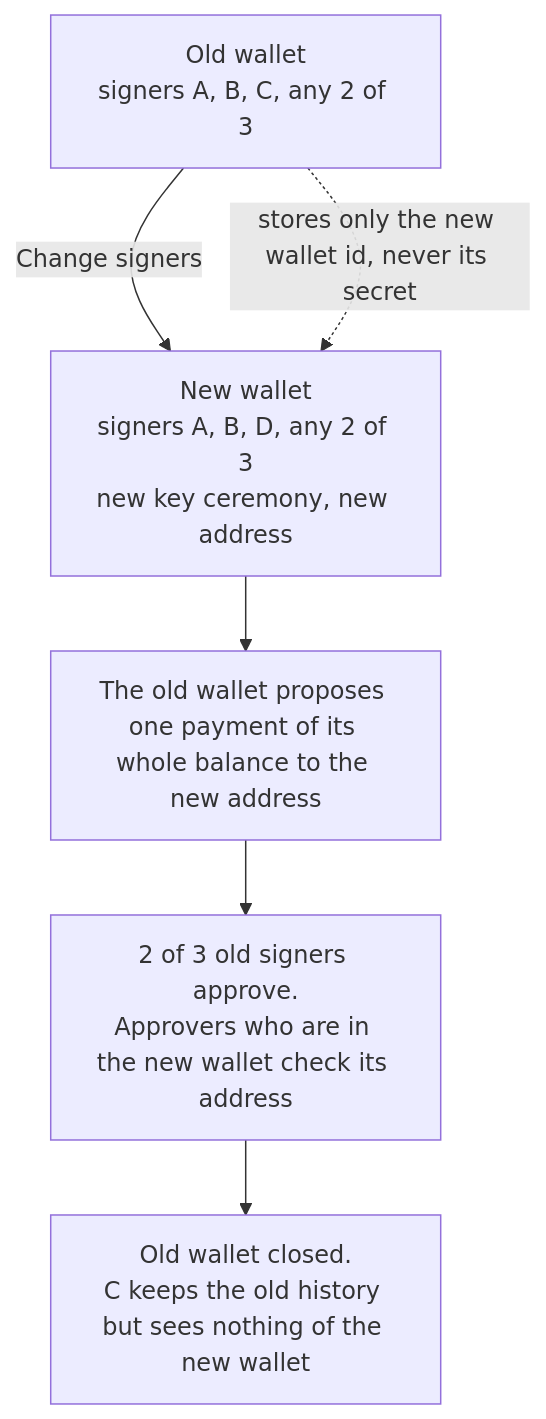
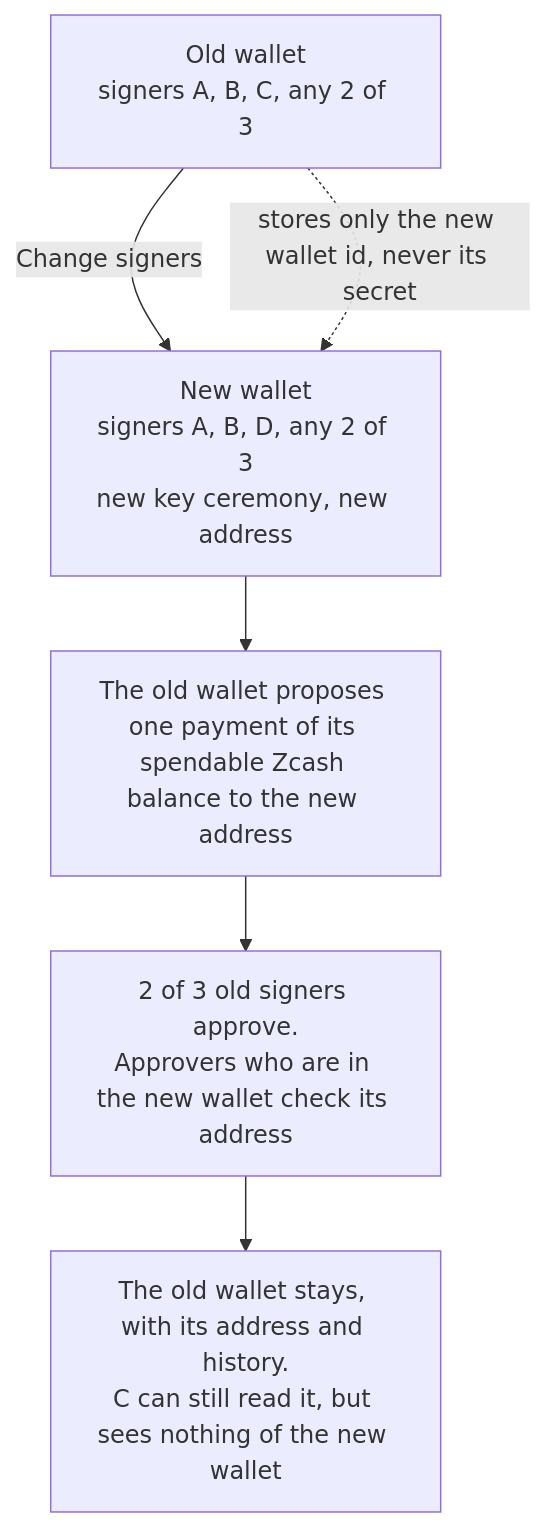
The fourth of 4 diagrams in PROTOCOL.md (devzigs/zigs), drawn with Mermaid before and after one commit. The commit also changed other lines of this file and 9 other files, not shown here.

````diff
--- a/PROTOCOL.md
+++ b/PROTOCOL.md
@@ -526,8 +527,8 @@
 ```mermaid
 flowchart TD
   A["Old wallet<br/>signers A, B, C, any 2 of 3"] -->|Change signers| B["New wallet<br/>signers A, B, D, any 2 of 3<br/>new key ceremony, new address"]
   A -.->|stores only the new wallet id, never its secret| B
-  B --> C["The old wallet proposes one payment of its whole balance to the new address"]
+  B --> C["The old wallet proposes one payment of its spendable Zcash balance to the new address"]
   C --> D["2 of 3 old signers approve.<br/>Approvers who are in the new wallet check its address"]
-  D --> E["Old wallet closed.<br/>C keeps the old history but sees nothing of the new wallet"]
+  D --> E["The old wallet stays, with its address and history.<br/>C can still read it, but sees nothing of the new wallet"]
 ```
````
